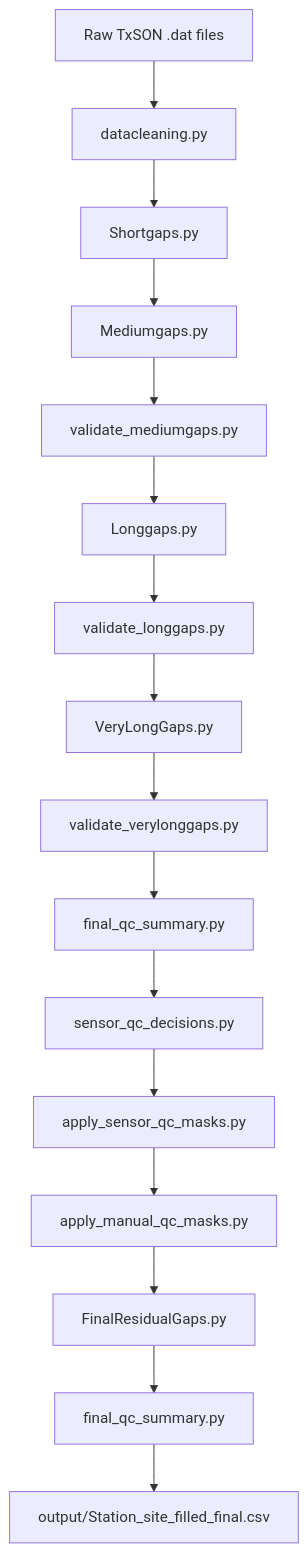
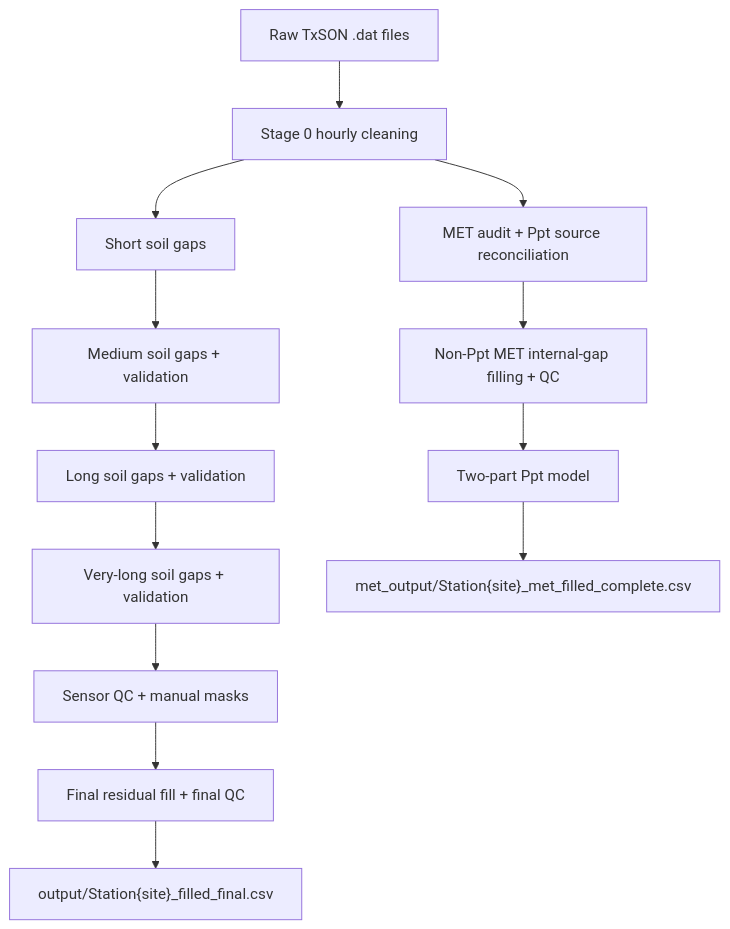
Before and after one commit to kiat/tx-soil-moisture: the diagram in data-cleanup/imputation_pipeline/README.md, drawn with Mermaid. The commit also changed other lines of this file and 27 other files, not shown here.

Commit message:
Checkpoint TxSON33 pipeline before audit fixes

````diff
--- a/data-cleanup/imputation_pipeline/README.md
+++ b/data-cleanup/imputation_pipeline/README.md
@@ -139,18 +126,16 @@
 ```mermaid
 flowchart TD
-    A[Raw TxSON .dat files] --> B[datacleaning.py]
-    B --> C[Shortgaps.py]
-    C --> D[Mediumgaps.py]
-    D --> E[validate_mediumgaps.py]
-    E --> F[Longgaps.py]
-    F --> G[validate_longgaps.py]
-    G --> H[VeryLongGaps.py]
-    H --> I[validate_verylonggaps.py]
-    I --> J[final_qc_summary.py]
-    J --> K[sensor_qc_decisions.py]
-    K --> L[apply_sensor_qc_masks.py]
-    L --> M[apply_manual_qc_masks.py]
-    M --> N[FinalResidualGaps.py]
-    N --> O[final_qc_summary.py]
-    O --> P[output/Station_site_filled_final.csv]
+    A[Raw TxSON .dat files] --> B[Stage 0 hourly cleaning]
+    B --> C[Short soil gaps]
+    C --> D[Medium soil gaps + validation]
+    D --> E[Long soil gaps + validation]
+    E --> F[Very-long soil gaps + validation]
+    F --> G[Sensor QC + manual masks]
+    G --> H[Final residual fill + final QC]
+    H --> I["output/Station{site}_filled_final.csv"]
+
+    B --> J[MET audit + Ppt source reconciliation]
+    J --> K[Non-Ppt MET internal-gap filling + QC]
+    K --> L[Two-part Ppt model]
+    L --> M["met_output/Station{site}_met_filled_complete.csv"]
 ```
````
